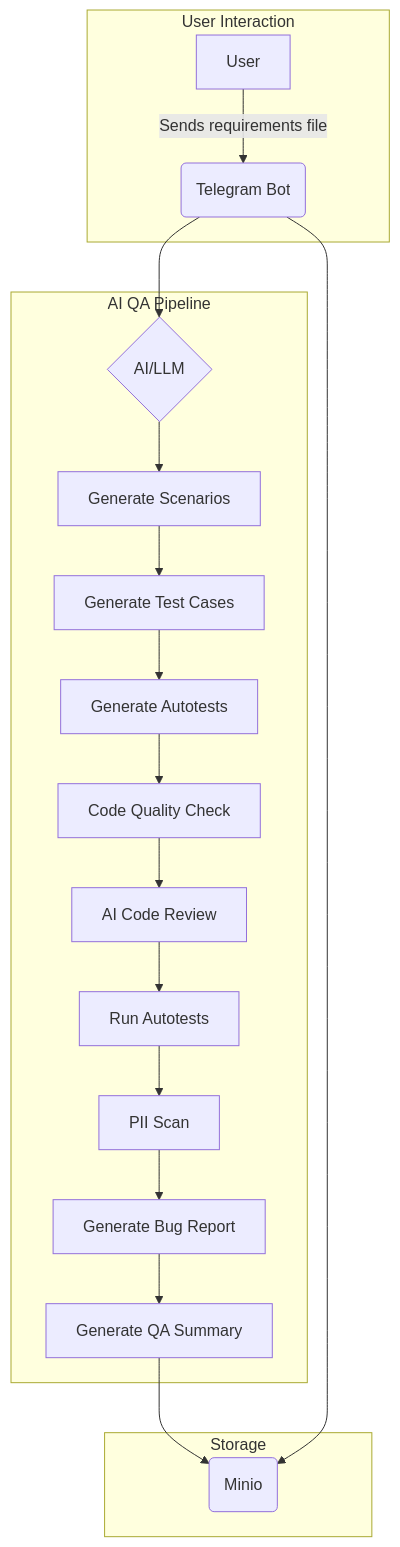
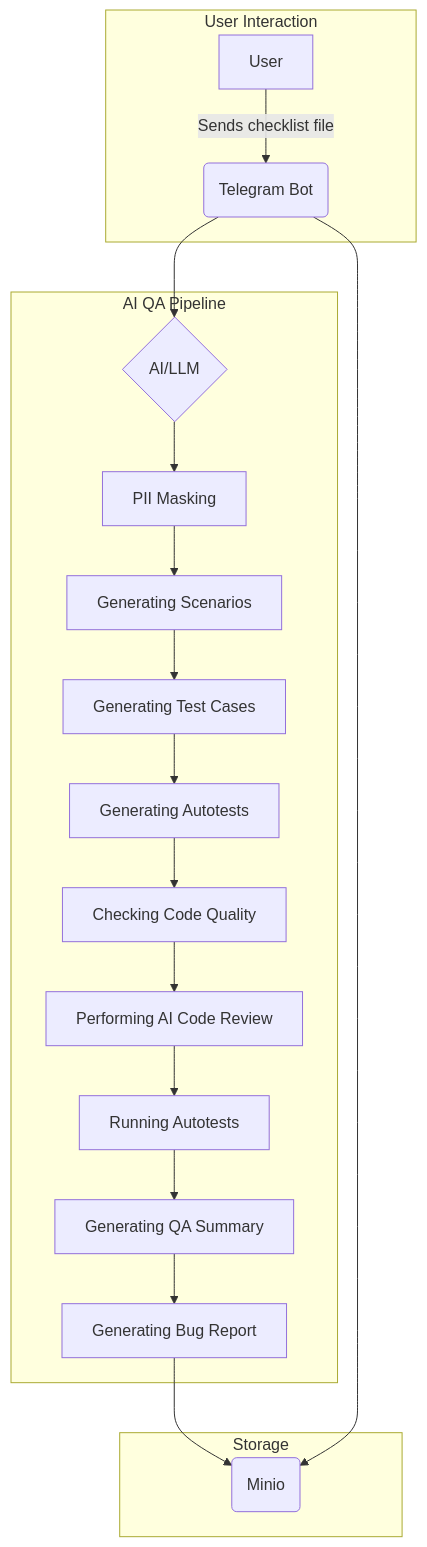
The diagram in README.md (Gellershtein/chatops_ai_qa_pipeline), drawn with Mermaid before and after one commit. The commit also changed other lines of this file and 4 other files, not shown here.

````diff
--- a/README.md
+++ b/README.md
@@ -9,25 +9,25 @@
 ```mermaid
 graph TD
     subgraph User Interaction
-        A[User] -->|Sends requirements file| B(Telegram Bot);
+        A[User] -->|Sends checklist file| B(Telegram Bot);
     end
 
     subgraph AI QA Pipeline
         B --> C{AI/LLM};
-        C --> D[Generate Scenarios];
-        D --> E[Generate Test Cases];
-        E --> F[Generate Autotests];
-        F --> G[Code Quality Check];
-        G --> H[AI Code Review];
-        H --> I[Run Autotests];
-        I --> J[PII Scan];
-        J --> K[Generate Bug Report];
-        K --> L[Generate QA Summary];
+        C --> D[PII Masking];
+        D --> E[Generating Scenarios];
+        E --> F[Generating Test Cases];
+        F --> G[Generating Autotests];
+        G --> H[Checking Code Quality];
+        H --> I[Performing AI Code Review];
+        I --> J[Running Autotests];
+        J --> K[Generating QA Summary];
+        K --> L[Generating Bug Report];
     end
 
     subgraph Storage
         L --> M(Minio);
     end
 
     B --> M;
 ```
````
